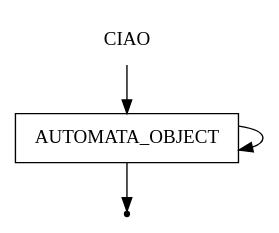
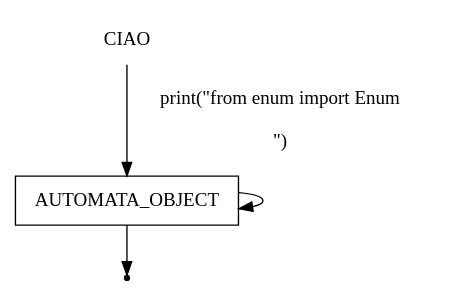
Before and after one commit to aVorotnikov/dsl_generator: the diagram in _examples/ciao/ciao.gv, drawn with Graphviz.

Commit message:
Add enum to ciao generation script

```diff
--- a/_examples/ciao/ciao.gv
+++ b/_examples/ciao/ciao.gv
@@ -1,8 +1,8 @@
 digraph CIAO {
     start [label=CIAO shape=plaintext]
     A [label=AUTOMATA_OBJECT shape=box]
     end [label="" shape=point]
-    start -> A
+    start -> A [label="print(\"from enum import Enum\n\n\")"]
     A -> A
     A -> end
 }
```
